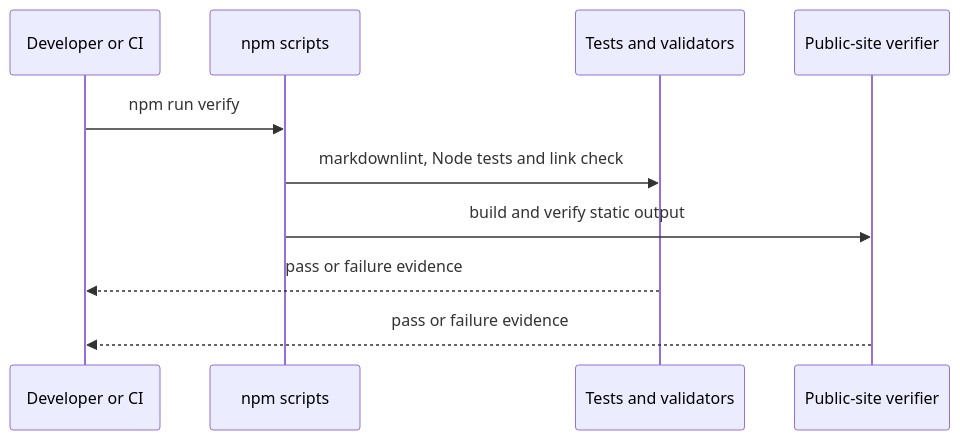
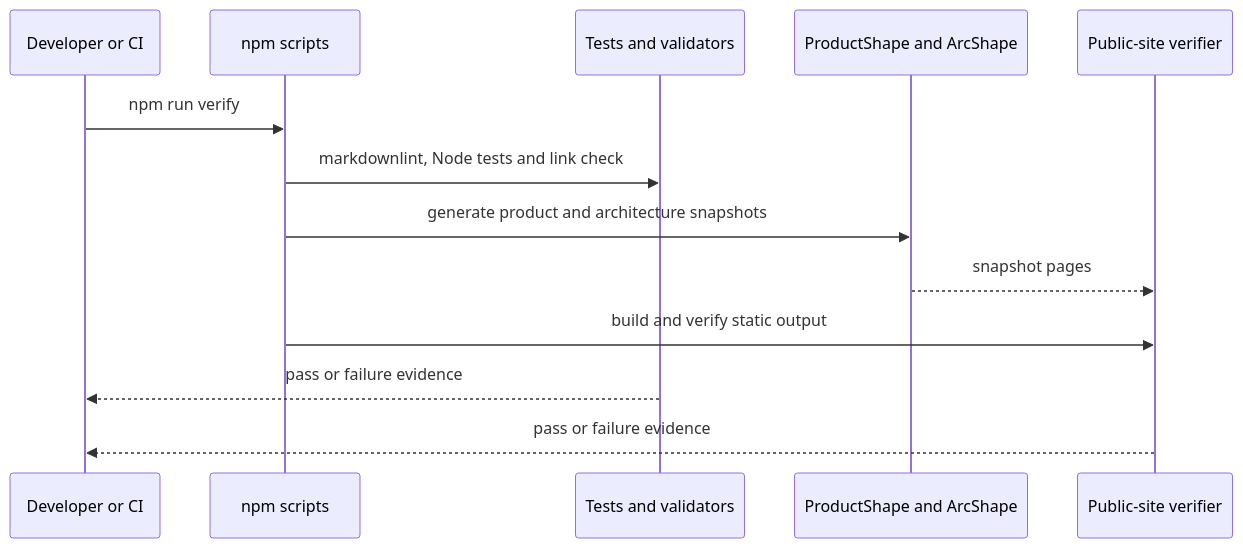
Before and after one commit to juangcarmona/lighthouse: the first of 4 diagrams in docs/architecture/06-runtime-view.md, drawn with Mermaid. The commit also changed other lines of this file and 472 other files, not shown here.

Commit message:
docs: publish product and architecture snapshots

````diff
--- a/docs/architecture/06-runtime-view.md
+++ b/docs/architecture/06-runtime-view.md
@@ -11,13 +11,16 @@
 ```mermaid
 sequenceDiagram
-    accTitle: Repository verification
+    accTitle: Current repository verification
     participant User as Developer or CI
     participant NPM as npm scripts
     participant Checks as Tests and validators
+    participant Authorities as ProductShape and ArcShape
     participant Site as Public-site verifier
     User->>NPM: npm run verify
     NPM->>Checks: markdownlint, Node tests and link check
+    NPM->>Authorities: generate product and architecture snapshots
+    Authorities-->>Site: snapshot pages
     NPM->>Site: build and verify static output
     Checks-->>User: pass or failure evidence
     Site-->>User: pass or failure evidence
 ```
````
